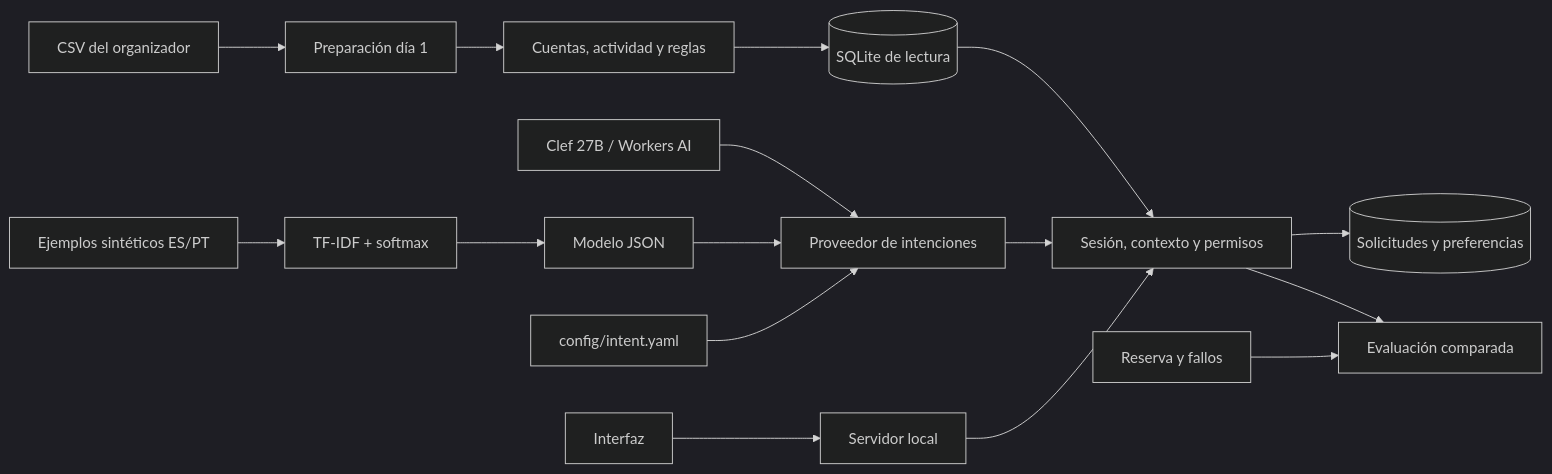
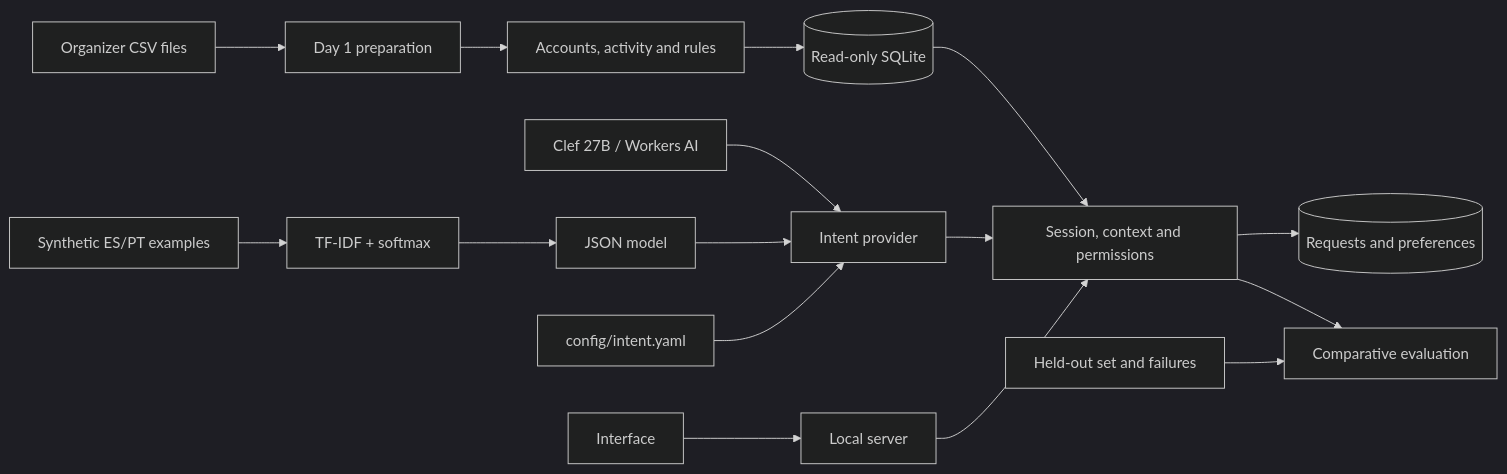
One commit to dpintog/fact_hackaton_costumer_service changed the diagram in README.md. Above: the diagram before and after it, drawn with Mermaid (dark theme). The commit also changed other lines of this file and 17 other files, not shown here.

````diff
--- a/README.md
+++ b/README.md
@@ -83,18 +83,18 @@
 ```mermaid
 flowchart LR
-  CSV[CSV del organizador] --> D1[Preparación día 1]
-  D1 --> D2[Cuentas, actividad y reglas]
-  D2 --> DATA[(SQLite de lectura)]
-  EX[Ejemplos sintéticos ES/PT] --> TRAIN[TF-IDF + softmax]
-  TRAIN --> MODEL[Modelo JSON]
-  YAML[config/intent.yaml] --> ROUTER[Proveedor de intenciones]
+  CSV[Organizer CSV files] --> D1[Day 1 preparation]
+  D1 --> D2[Accounts, activity and rules]
+  D2 --> DATA[(Read-only SQLite)]
+  EX[Synthetic ES/PT examples] --> TRAIN[TF-IDF + softmax]
+  TRAIN --> MODEL[JSON model]
+  YAML[config/intent.yaml] --> ROUTER[Intent provider]
   MODEL --> ROUTER
   CLEF[Clef 27B / Workers AI] --> ROUTER
-  UI[Interfaz] --> HTTP[Servidor local]
-  HTTP --> SERVICE[Sesión, contexto y permisos]
+  UI[Interface] --> HTTP[Local server]
+  HTTP --> SERVICE[Session, context and permissions]
   ROUTER --> SERVICE
   DATA --> SERVICE
-  SERVICE --> STATE[(Solicitudes y preferencias)]
-  CASES[Reserva y fallos] --> EVAL[Evaluación comparada]
+  SERVICE --> STATE[(Requests and preferences)]
+  CASES[Held-out set and failures] --> EVAL[Comparative evaluation]
   SERVICE --> EVAL
 ```
````
